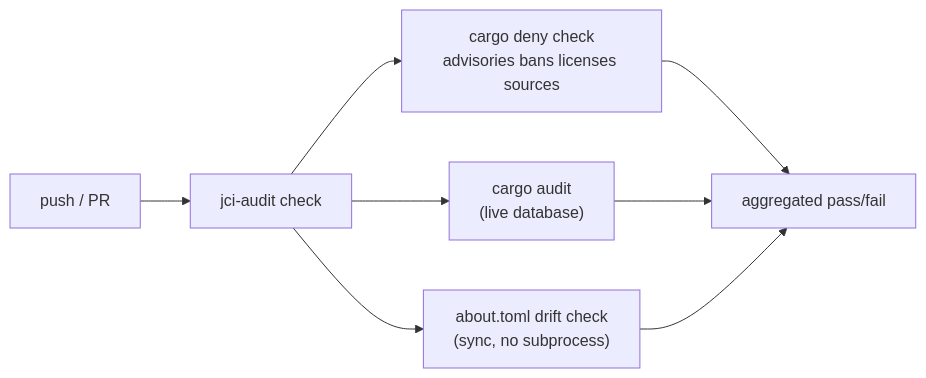
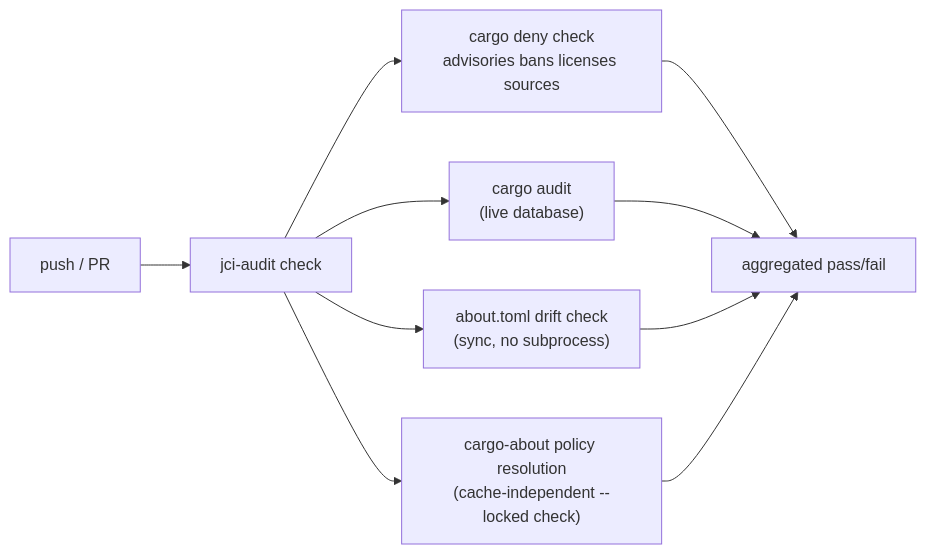
Before and after one commit to jerus-org/jci-audit: the first of 3 diagrams in docs/design.md, drawn with Mermaid. The commit also changed other lines of this file and 5 other files, not shown here.

First line of the commit message:
feat: check runs cargo-about resolution too

````diff
--- a/docs/design.md
+++ b/docs/design.md
@@ -62,10 +62,12 @@
 ```mermaid
 flowchart LR
     PR["push / PR"] --> CHECK["jci-audit check"]
     CHECK --> DENY["cargo deny check\nadvisories bans licenses sources"]
     CHECK --> AUDIT["cargo audit\n(live database)"]
     CHECK --> DRIFT["about.toml drift check\n(sync, no subprocess)"]
+    CHECK --> POLICY1["cargo-about policy resolution\n(cache-independent --locked check)"]
     DENY --> RESULT["aggregated pass/fail"]
     AUDIT --> RESULT
     DRIFT --> RESULT
+    POLICY1 --> RESULT
 ```
````
